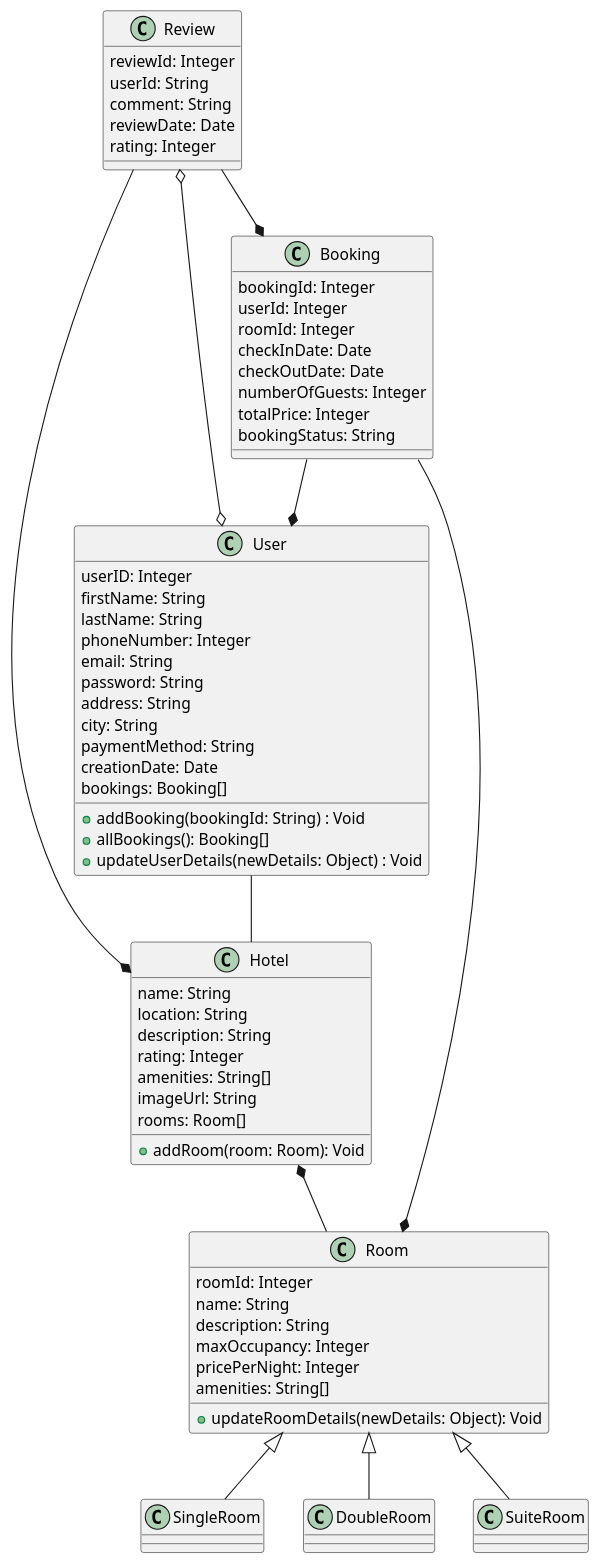
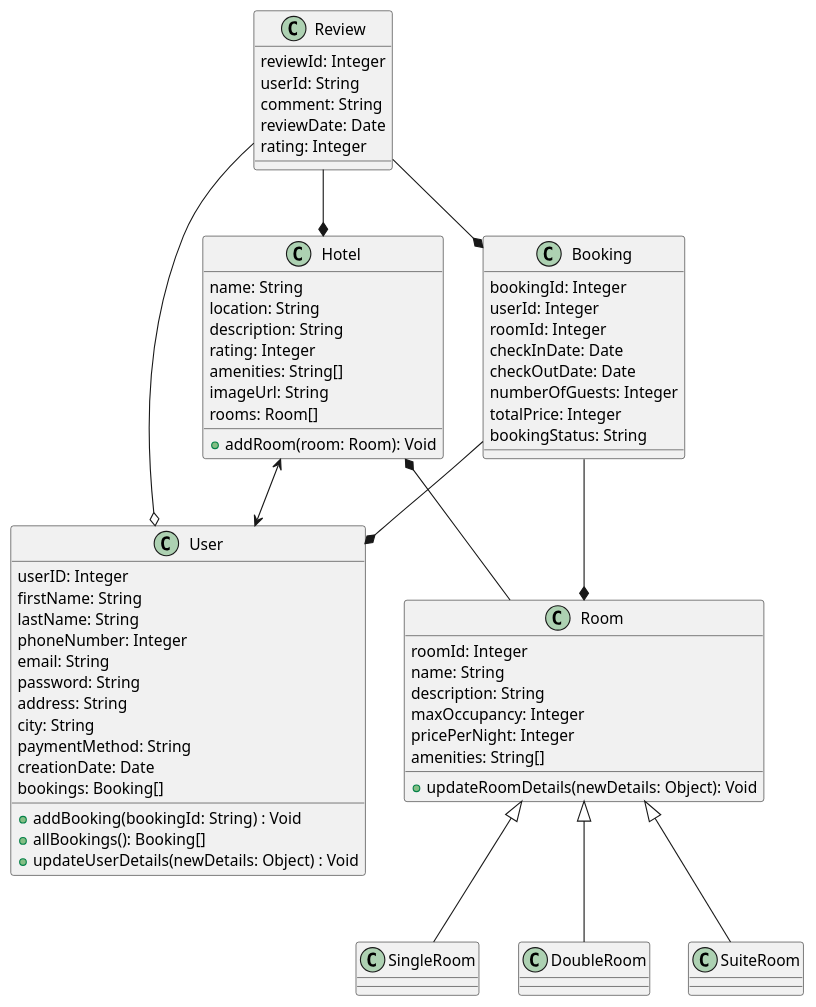
One commit to Marwerk/coyotiv-graduation-project changed the diagram in architecture/class.puml. Above: the diagram before and after it, drawn with PlantUML.

Commit message:
Polish Class UML Diagram

```diff
--- a/architecture/class.puml
+++ b/architecture/class.puml
@@ -1,92 +1,87 @@
-@startuml Person
+@startuml Class Interactions
+
+
+
 Class User {
   userID: Integer
   firstName: String
   lastName: String
   phoneNumber: Integer
   email: String
   password: String
   address: String
   city: String
   paymentMethod: String
   creationDate: Date
   bookings: Booking[]
 
   + addBooking(bookingId: String) : Void
   + allBookings(): Booking[]
   + updateUserDetails(newDetails: Object) : Void
 }
 
-User -- Hotel
-
 Class Room {
   roomId: Integer
   name: String
   description: String
   maxOccupancy: Integer
   pricePerNight: Integer
   amenities: String[]
 
   + updateRoomDetails(newDetails: Object): Void
 }
 
-
 ' The Room classes are for visual representation only
 Class SingleRoom {}
-
 Class DoubleRoom {}
-
 Class SuiteRoom {}
-
-Room <|-- SingleRoom
-Room <|-- DoubleRoom
-Room <|-- SuiteRoom
 
 Class Booking {
   bookingId: Integer
   userId: Integer
   roomId: Integer
   checkInDate: Date
   checkOutDate: Date
   numberOfGuests: Integer
   totalPrice: Integer
   bookingStatus: String
 }
-
-' a Booking cannot exist without a user and a room
-Booking --* User
-Booking --* Room
 
 Class Hotel {
   name: String
   location: String
   description: String
   rating: Integer
   amenities: String[]
   imageUrl: String
   rooms: Room[]
 
   + addRoom(room: Room): Void
 }
 
-
-Hotel *-- Room
-
 Class Review {
   reviewId: Integer
   userId: String
   comment: String
   reviewDate: Date
   rating: Integer
 }
 
+Hotel <--> User
+Hotel *-- Room
+Room <|-- SingleRoom
+Room <|-- DoubleRoom
+Room <|-- SuiteRoom
+' a Booking cannot exist without a user and a room
+Booking --* User
+Booking --* Room
 ' A review can exist independent of the user
-Review o--o User
-
+Review --o User
 ' A review cannot exist without a hotel to review (:
 Review --* Hotel
-
 ' A review cannot exist without a booking
 Review --* Booking
 
+
+
 @enduml
```
